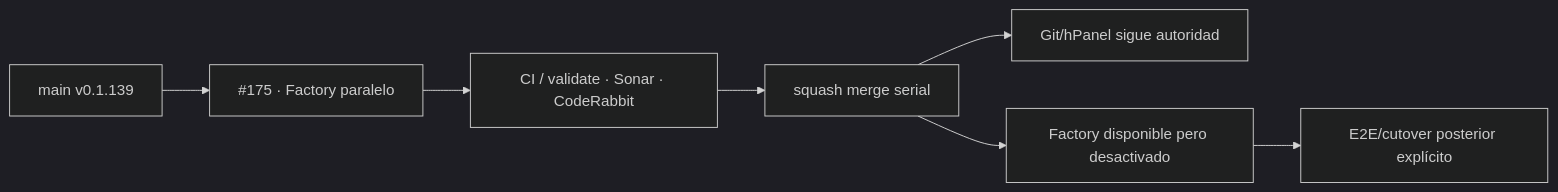
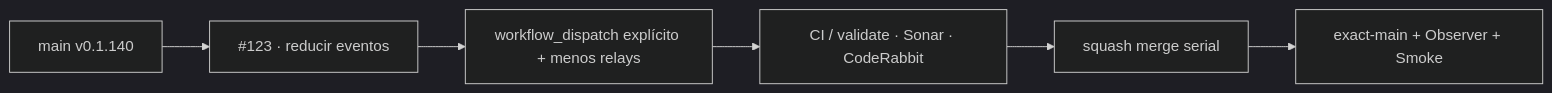
One commit to pl0n3r/GrindFlow changed the diagram in README.md. Above: the diagram before and after it, drawn with Mermaid (dark theme). The commit also changed other lines of this file and 10 other files, not shown here.

First line of the commit message:
infra: reducir amplificación de GitHub Actions (V 0.1.141) (#177)

````diff
--- a/README.md
+++ b/README.md
@@ -45,9 +45,8 @@
 ```mermaid
 flowchart LR
-  A["main v0.1.139"] --> P["#175 · Factory paralelo"]
-  P --> Q["CI / validate · Sonar · CodeRabbit"]
-  Q --> M["squash merge serial"]
-  M --> H["Git/hPanel sigue autoridad"]
-  M --> F["Factory disponible pero desactivado"]
-  F --> E["E2E/cutover posterior explícito"]
+  A["main v0.1.140"] --> P["#123 · reducir eventos"]
+  P --> Q["workflow_dispatch explícito + menos relays"]
+  Q --> V["CI / validate · Sonar · CodeRabbit"]
+  V --> M["squash merge serial"]
+  M --> X["exact-main + Observer + Smoke"]
 ```
````
